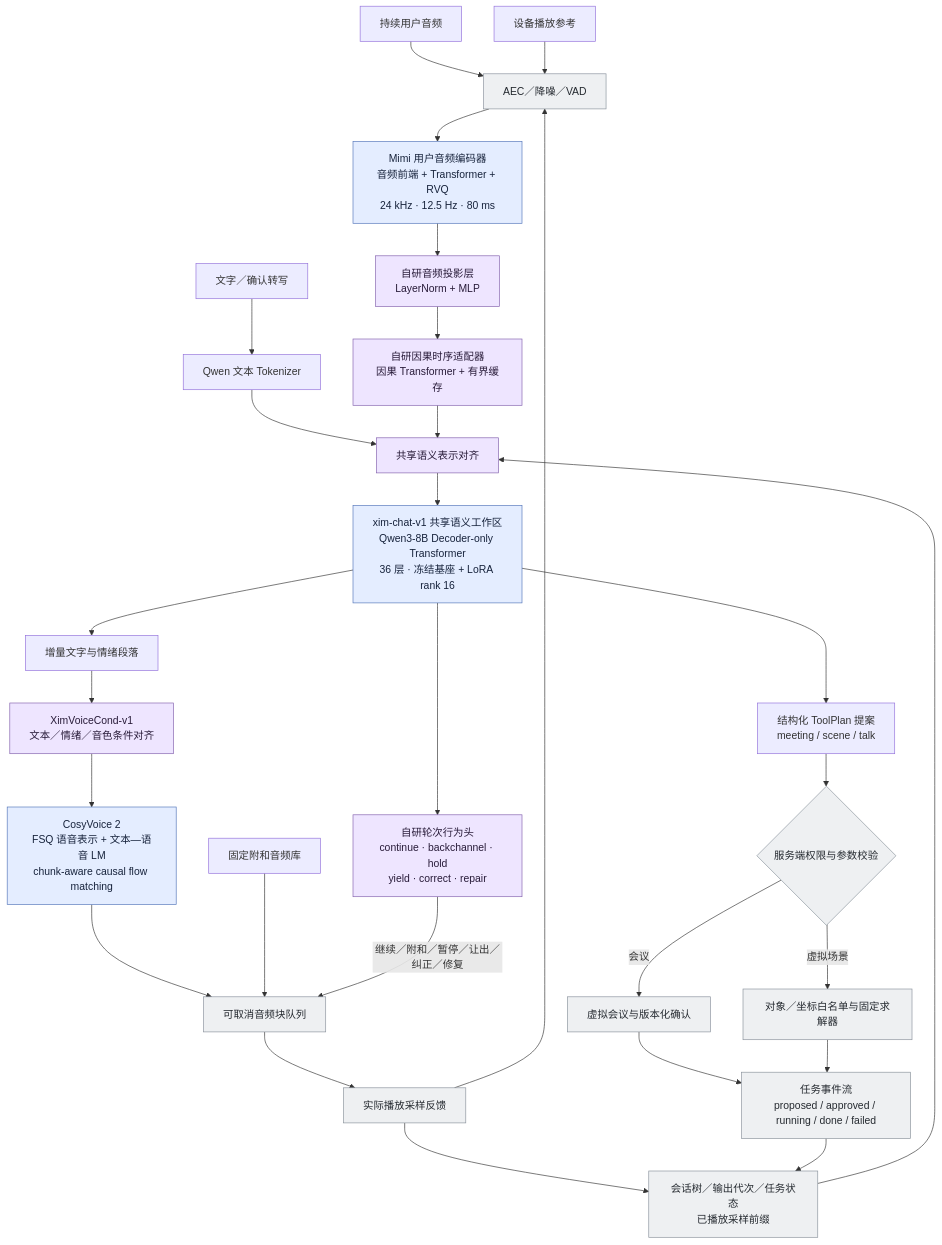
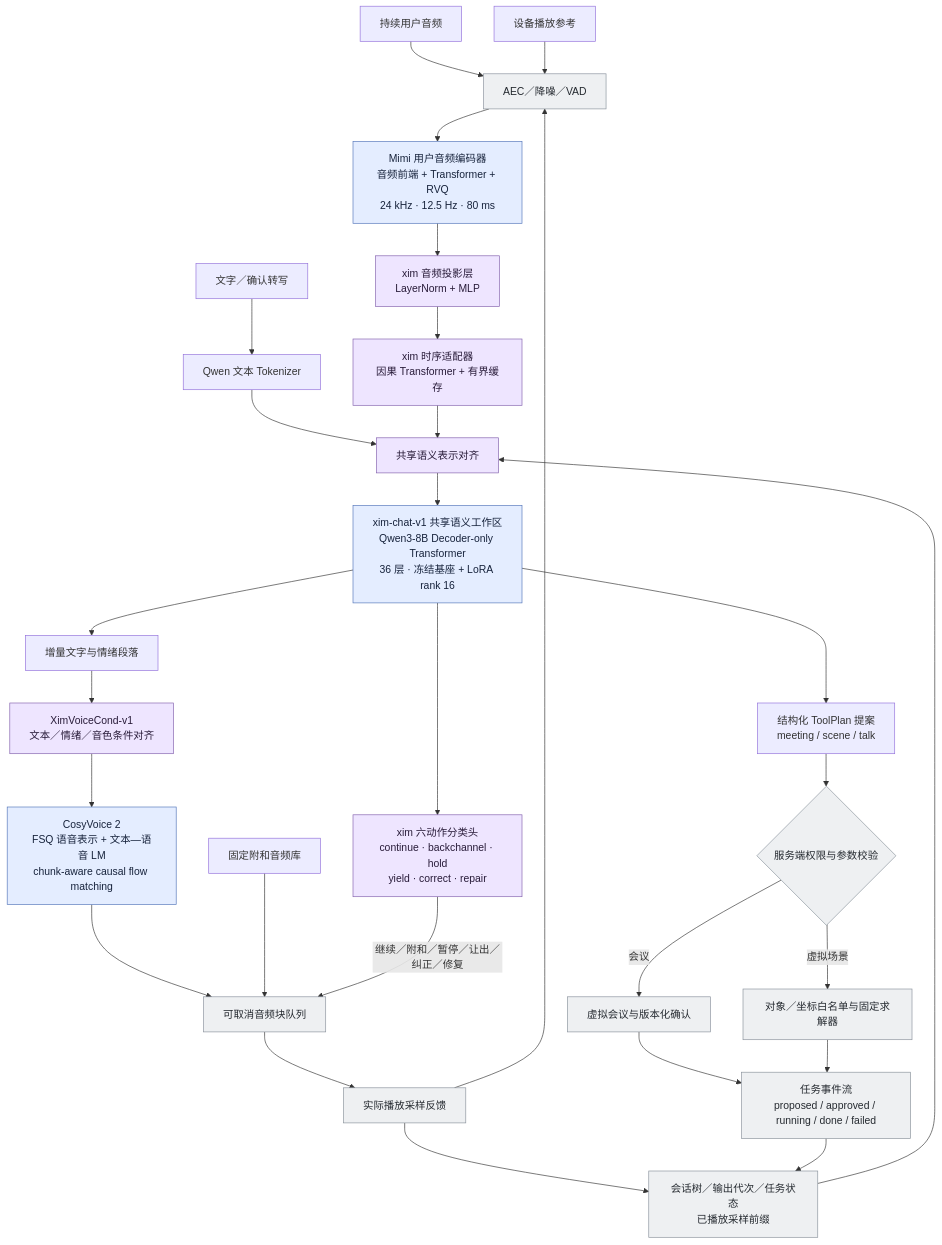
Before and after one commit to wuki-creator/Xim-duplex: the first of 2 diagrams in docs/FUSION_ARCHITECTURE.md, drawn with Mermaid. The commit also changed other lines of this file and 21 other files, not shown here.

````diff
--- a/docs/FUSION_ARCHITECTURE.md
+++ b/docs/FUSION_ARCHITECTURE.md
@@ -17,39 +17,39 @@
 ```mermaid
 flowchart TD
     MIC[持续用户音频] --> AEC[AEC／降噪／VAD]
     REF[设备播放参考] --> AEC
     AEC --> MIMI[Mimi 用户音频编码器<br/>音频前端 + Transformer + RVQ<br/>24 kHz · 12.5 Hz · 80 ms]
     TEXT[文字／确认转写] --> TOK[Qwen 文本 Tokenizer]
-    MIMI --> PROJ[自研音频投影层<br/>LayerNorm + MLP]
-    PROJ --> TEMP[自研因果时序适配器<br/>因果 Transformer + 有界缓存]
+    MIMI --> PROJ[xim 音频投影层<br/>LayerNorm + MLP]
+    PROJ --> TEMP[xim 时序适配器<br/>因果 Transformer + 有界缓存]
     TOK --> ALIGN[共享语义表示对齐]
     TEMP --> ALIGN
     STATE[会话树／输出代次／任务状态<br/>已播放采样前缀] --> ALIGN
     ALIGN --> XIM[xim-chat-v1 共享语义工作区<br/>Qwen3-8B Decoder-only Transformer<br/>36 层 · 冻结基座 + LoRA rank 16]
 
-    XIM --> TURN[自研轮次行为头<br/>continue · backchannel · hold<br/>yield · correct · repair]
+    XIM --> TURN[xim 六动作分类头<br/>continue · backchannel · hold<br/>yield · correct · repair]
     XIM --> SEG[增量文字与情绪段落]
     XIM --> PLAN[结构化 ToolPlan 提案<br/>meeting / scene / talk]
     SEG --> VPROJ[XimVoiceCond-v1<br/>文本／情绪／音色条件对齐]
     VPROJ --> CV2[CosyVoice 2<br/>FSQ 语音表示 + 文本—语音 LM<br/>chunk-aware causal flow matching]
     CV2 --> PLAY[可取消音频块队列]
     FIXED[固定附和音频库] --> PLAY
     TURN -->|继续／附和／暂停／让出／纠正／修复| PLAY
     PLAY --> ACK[实际播放采样反馈]
     ACK --> STATE
     ACK --> AEC
 
     PLAN --> CHECK{服务端权限与参数校验}
     CHECK -->|会议| ROOM[虚拟会议与版本化确认]
     CHECK -->|虚拟场景| SCENE[对象／坐标白名单与固定求解器]
     ROOM --> EVENTS[任务事件流<br/>proposed / approved / running / done / failed]
     SCENE --> EVENTS
     EVENTS --> STATE
 
     classDef upstream fill:#e4edff,stroke:#5274b9,color:#17233c;
     classDef train fill:#eee5ff,stroke:#8260ac,color:#281b39;
     classDef rule fill:#eef0f2,stroke:#89919b,color:#252a30;
     class MIMI,XIM,CV2 upstream;
     class PROJ,TEMP,ALIGN,TURN,VPROJ train;
     class AEC,STATE,PLAY,ACK,CHECK,ROOM,SCENE,EVENTS rule;
 ```
````
